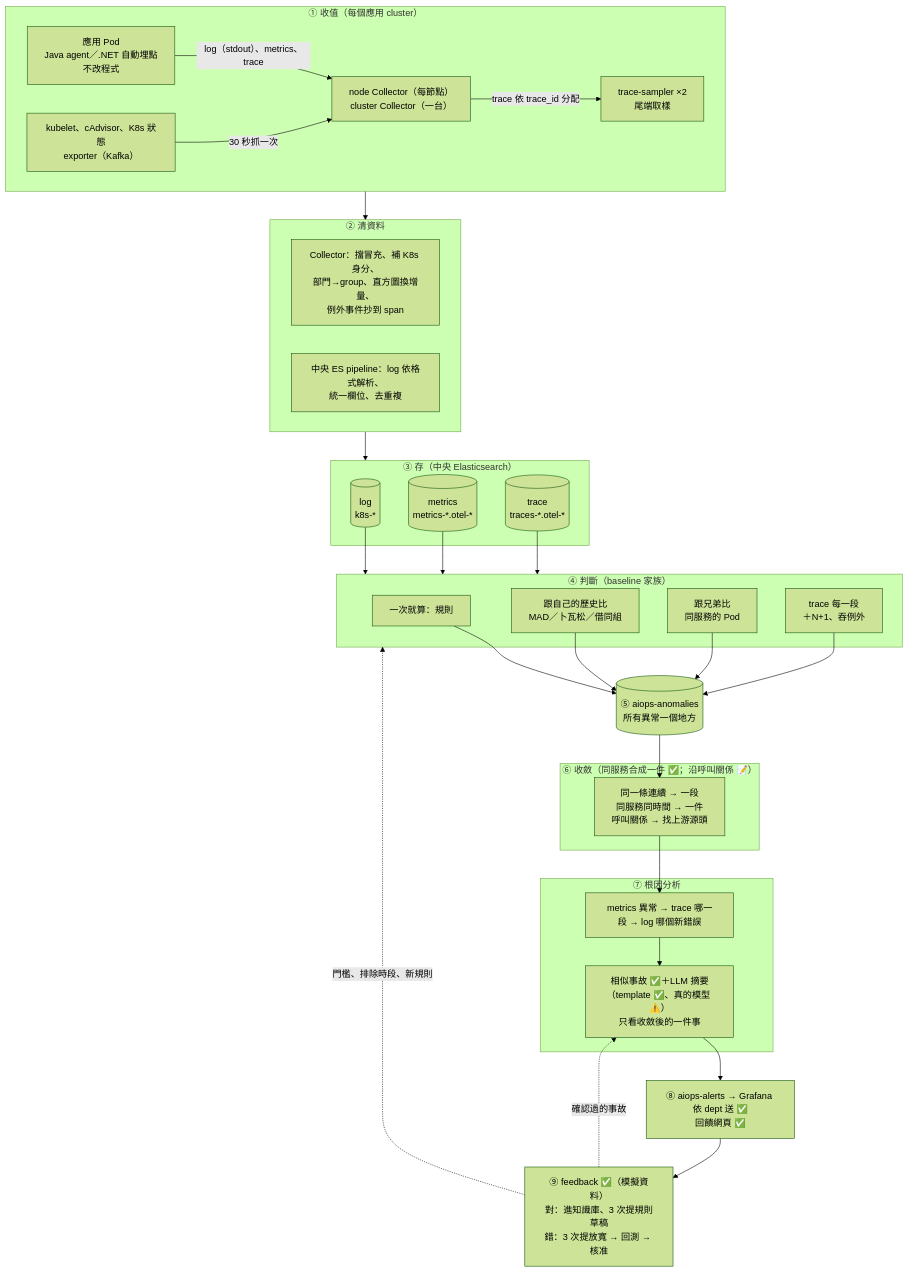
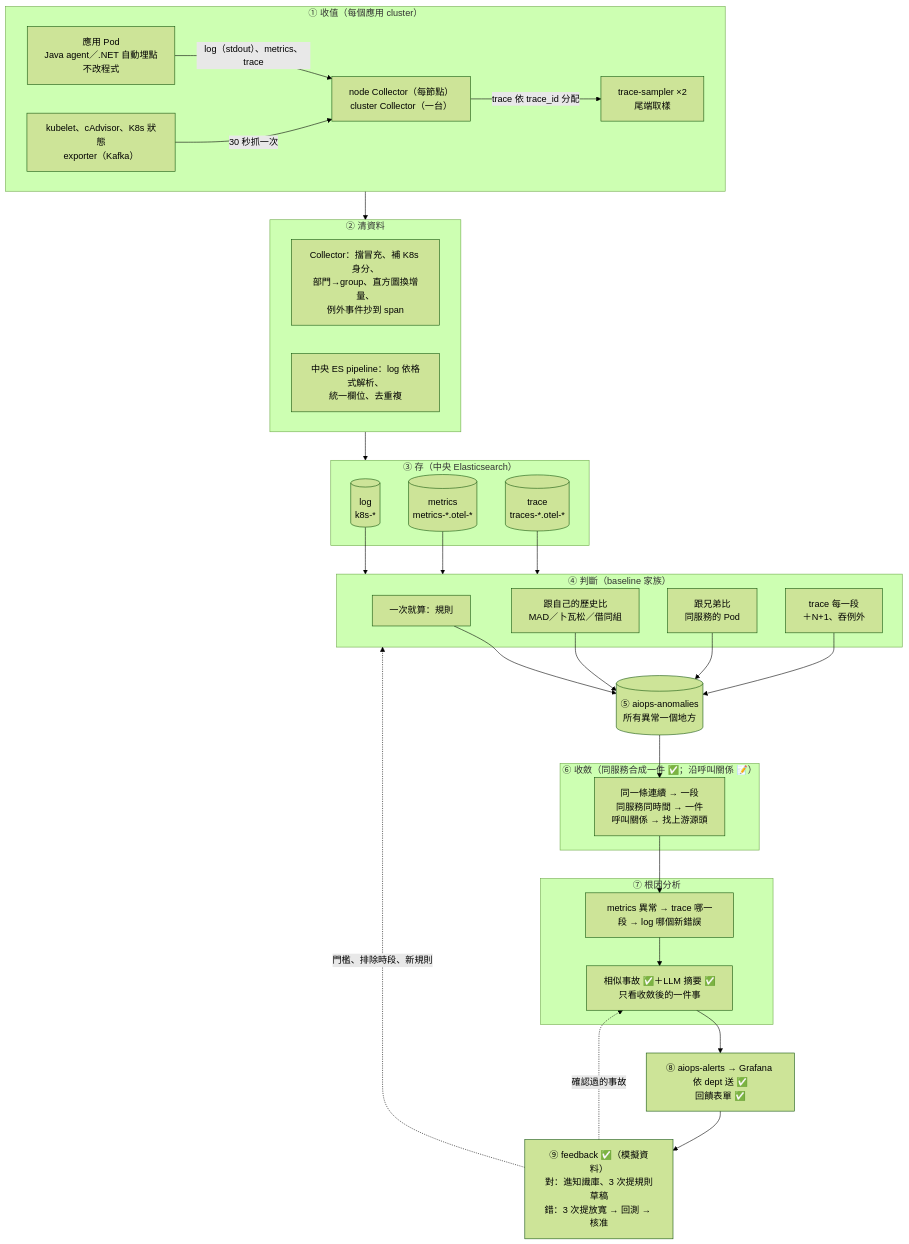
One commit to i-shuan/aiops-data-foundation changed the first of 5 diagrams in docs/architecture.md. Above: the diagram before and after it, drawn with Mermaid (forest theme). The commit also changed other lines of this file and 30 other files, not shown here.

````diff
--- a/docs/architecture.md
+++ b/docs/architecture.md
@@ -9,51 +11,51 @@
 ```mermaid
 flowchart TB
   subgraph S1["① 收值（每個應用 cluster）"]
     APP["應用 Pod<br/>Java agent／.NET 自動埋點<br/>不改程式"]
     K8S["kubelet、cAdvisor、K8s 狀態<br/>exporter（Kafka）"]
     COL["node Collector（每節點）<br/>cluster Collector（一台）"]
     TS["trace-sampler ×2<br/>尾端取樣"]
     APP -- "log（stdout）、metrics、trace" --> COL
     K8S -- "30 秒抓一次" --> COL
     COL -- "trace 依 trace_id 分配" --> TS
   end
 
   subgraph S2["② 清資料"]
     C1["Collector：擋冒充、補 K8s 身分、<br/>部門→group、直方圖換增量、<br/>例外事件抄到 span"]
     C2["中央 ES pipeline：log 依格式解析、<br/>統一欄位、去重複"]
   end
 
   subgraph S3["③ 存（中央 Elasticsearch）"]
     LOG[("log<br/>k8s-*")]
     MET[("metrics<br/>metrics-*.otel-*")]
     TRA[("trace<br/>traces-*.otel-*")]
   end
 
   subgraph S4["④ 判斷（baseline 家族）"]
     R["一次就算：規則"]
     H["跟自己的歷史比<br/>MAD／卜瓦松／借同組"]
     P["跟兄弟比<br/>同服務的 Pod"]
     T["trace 每一段<br/>＋N+1、吞例外"]
   end
 
   AN[("⑤ aiops-anomalies<br/>所有異常一個地方")]
 
   subgraph S6["⑥ 收斂（同服務合成一件 ✅；沿呼叫關係 📝）"]
     CV["同一條連續 → 一段<br/>同服務同時間 → 一件<br/>呼叫關係 → 找上游源頭"]
   end
 
   subgraph S7["⑦ 根因分析"]
     RCA["metrics 異常 → trace 哪一段 → log 哪個新錯誤"]
-    LLM["相似事故 ✅＋LLM 摘要（template ✅、真的模型 ⚠️）<br/>只看收斂後的一件事"]
+    LLM["相似事故 ✅＋LLM 摘要 ✅<br/>只看收斂後的一件事"]
   end
 
-  OUT["⑧ aiops-alerts → Grafana 依 dept 送 ✅<br/>回饋網頁 ✅"]
+  OUT["⑧ aiops-alerts → Grafana 依 dept 送 ✅<br/>回饋表單 ✅"]
   FB["⑨ feedback ✅（模擬資料）<br/>對：進知識庫、3 次提規則草稿<br/>錯：3 次提放寬 → 回測 → 核准"]
 
   S1 --> S2 --> S3
   LOG & MET & TRA --> S4
   R & H & P & T --> AN
   AN --> CV --> RCA --> LLM --> OUT --> FB
   FB -. "門檻、排除時段、新規則" .-> S4
   FB -. "確認過的事故" .-> LLM
 ```
````
